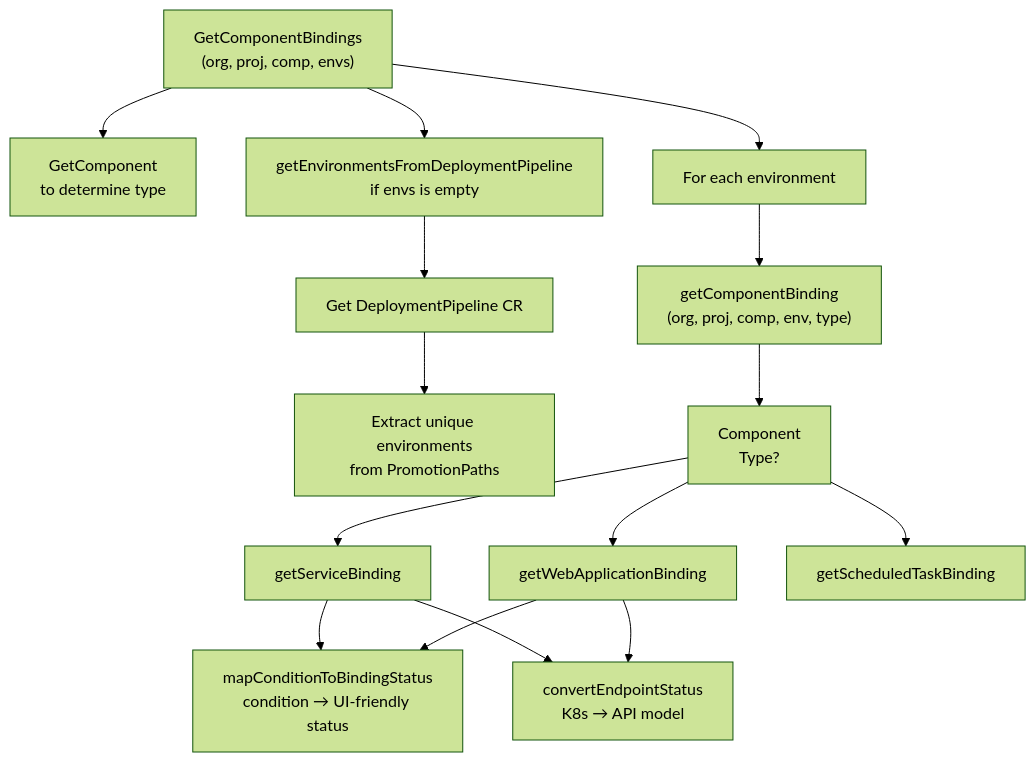
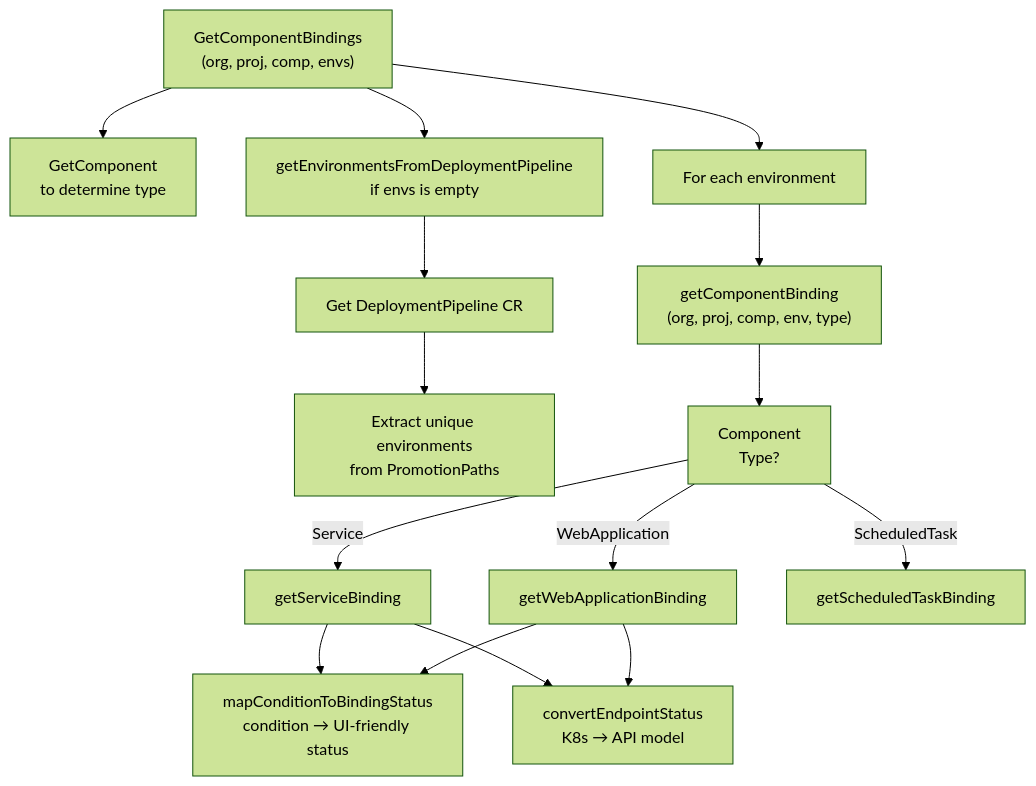
One commit to openchoreo/openchoreo changed the fourth of 6 diagrams in docs/deepwiki/Component-Service.md. Above: the diagram before and after it, drawn with Mermaid (forest theme). The commit also changed other lines of this file and 85 other files, not shown here.

Commit message:
feat: Add new workflow and specification templates, update Helm chart dependencies, and clarify documentation diagrams.

````diff
--- a/docs/deepwiki/Component-Service.md
+++ b/docs/deepwiki/Component-Service.md
@@ -262,32 +262,32 @@
 ```mermaid
 flowchart TD
 
 GetBindings["GetComponentBindings<br>(org, proj, comp, envs)"]
 GetComp["GetComponent<br>to determine type"]
 GetEnvsFromPipeline["getEnvironmentsFromDeploymentPipeline<br>if envs is empty"]
 GetPipeline["Get DeploymentPipeline CR"]
 ExtractEnvs["Extract unique environments<br>from PromotionPaths"]
 LoopEnvs["For each environment"]
 GetBinding["getComponentBinding<br>(org, proj, comp, env, type)"]
 Switch["Component<br>Type?"]
 GetSvcBinding["getServiceBinding"]
 GetWebAppBinding["getWebApplicationBinding"]
 GetSchedBinding["getScheduledTaskBinding"]
 MapStatus["mapConditionToBindingStatus<br>condition → UI-friendly status"]
 ConvertEndpoints["convertEndpointStatus<br>K8s → API model"]
 
 GetBindings --> GetComp
 GetBindings --> GetEnvsFromPipeline
 GetEnvsFromPipeline --> GetPipeline
 GetPipeline --> ExtractEnvs
 GetBindings --> LoopEnvs
 LoopEnvs --> GetBinding
 GetBinding --> Switch
-Switch --> GetSvcBinding
-Switch --> GetWebAppBinding
-Switch --> GetSchedBinding
+Switch -->|"Service"| GetSvcBinding
+Switch -->|"WebApplication"| GetWebAppBinding
+Switch -->|"ScheduledTask"| GetSchedBinding
 GetSvcBinding --> MapStatus
 GetSvcBinding --> ConvertEndpoints
 GetWebAppBinding --> MapStatus
 GetWebAppBinding --> ConvertEndpoints
 ```
````
